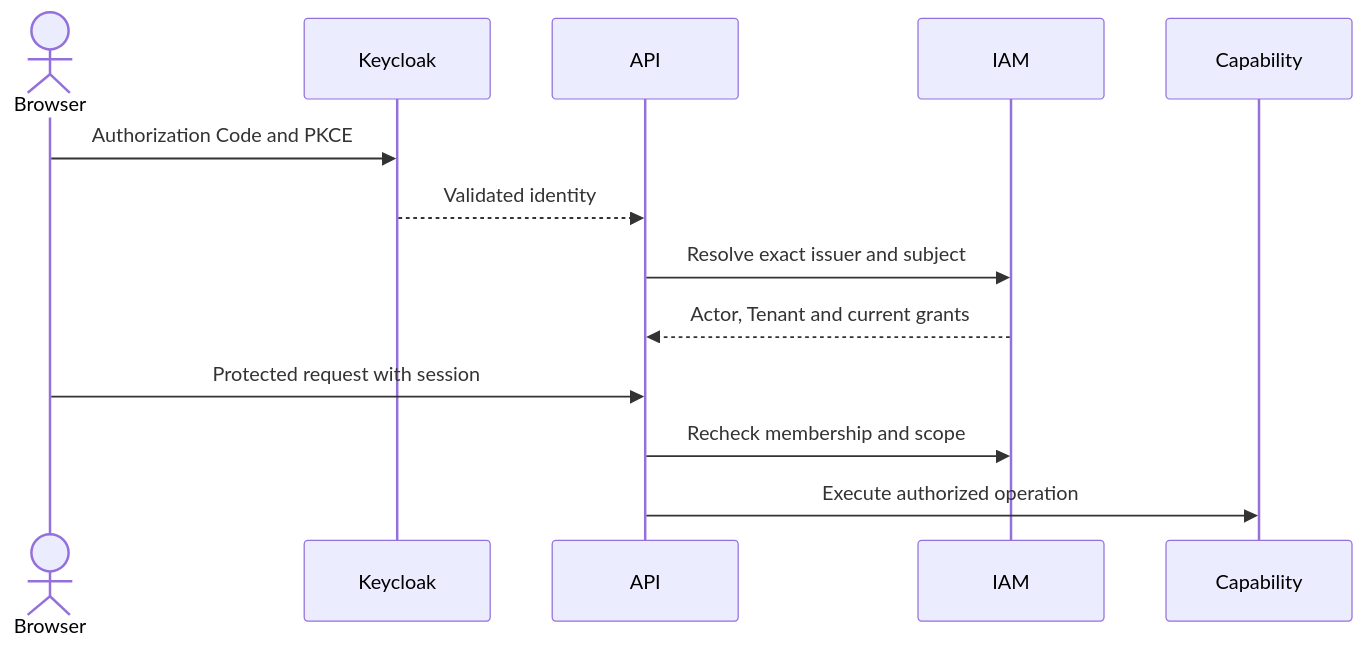
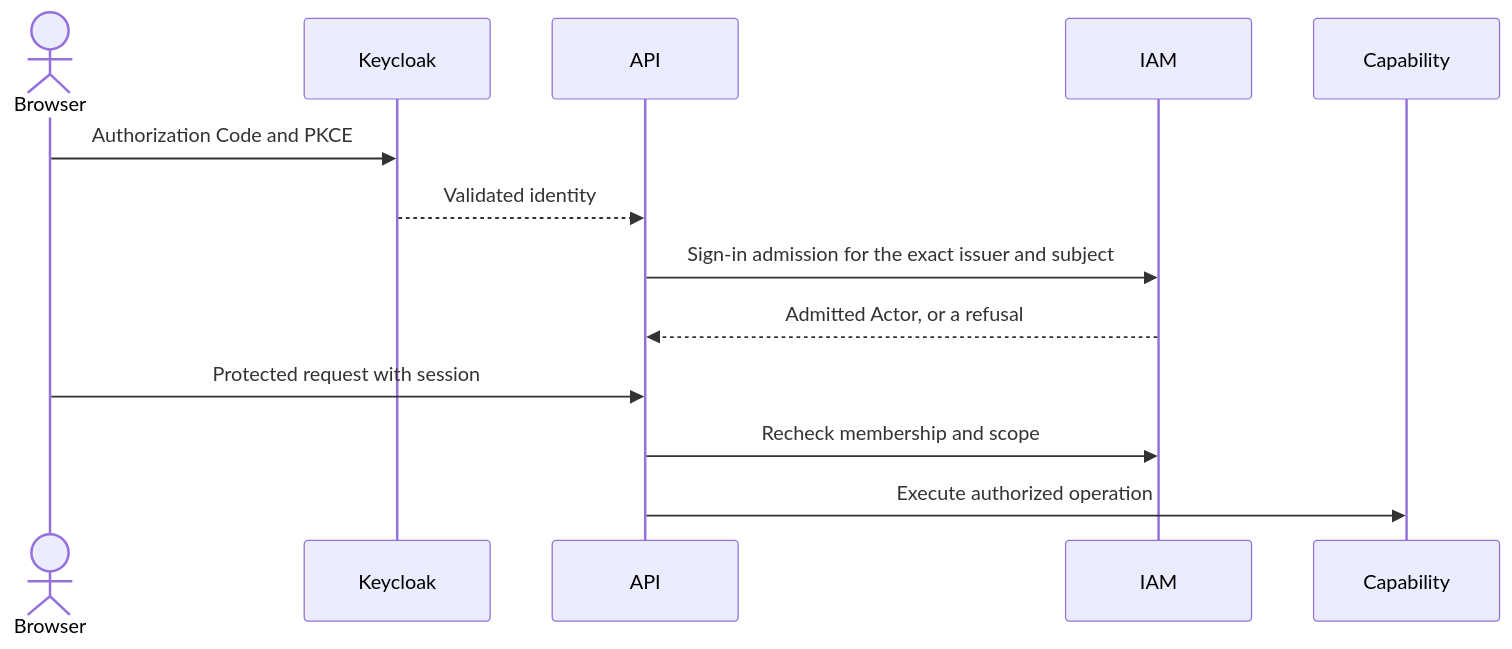
One commit to kl3inIT/MemoryOS changed the fifth of 6 diagrams in ARCHITECTURE.md. Above: the diagram before and after it, drawn with Mermaid. The commit also changed other lines of this file and 11 other files, not shown here.

First line of the commit message:
refactor(iam): decide browser sign-in admission in IAM

````diff
--- a/ARCHITECTURE.md
+++ b/ARCHITECTURE.md
@@ -251,16 +251,16 @@
 ```mermaid
 sequenceDiagram
     actor Browser
     participant Keycloak
     participant API
     participant IAM
     participant Capability
 
     Browser->>Keycloak: Authorization Code and PKCE
     Keycloak-->>API: Validated identity
-    API->>IAM: Resolve exact issuer and subject
-    IAM-->>API: Actor, Tenant and current grants
+    API->>IAM: Sign-in admission for the exact issuer and subject
+    IAM-->>API: Admitted Actor, or a refusal
     Browser->>API: Protected request with session
     API->>IAM: Recheck membership and scope
     API->>Capability: Execute authorized operation
 ```
````
